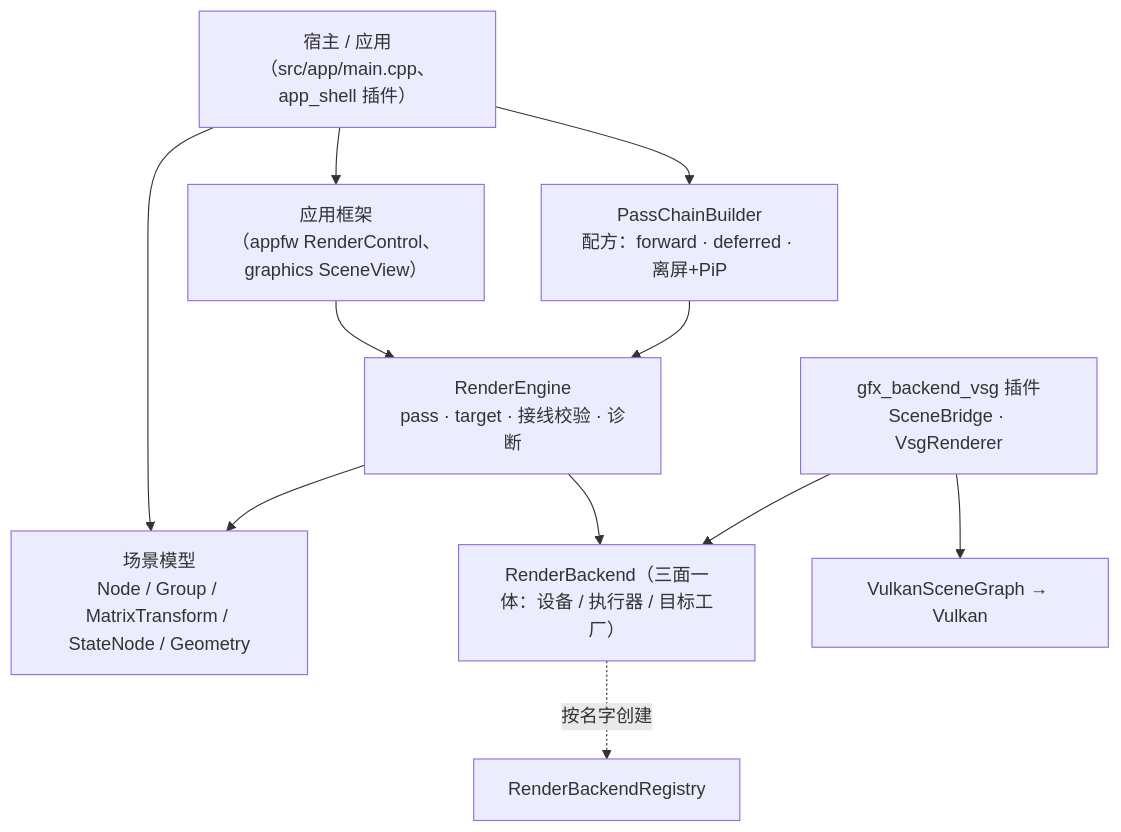
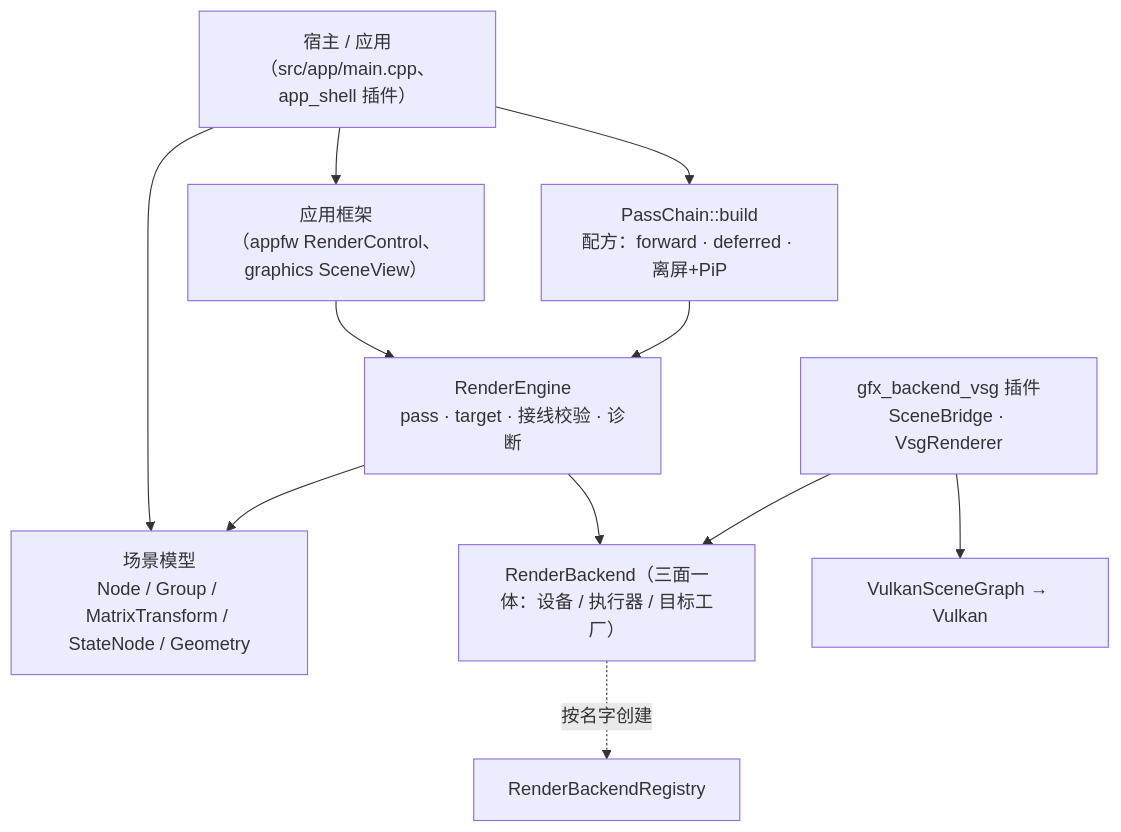
Before and after one commit to lonelyong/Vine: the diagram in docs/guides/graphics.md, drawn with Mermaid. The commit also changed other lines of this file and 31 other files, not shown here.

````diff
--- a/docs/guides/graphics.md
+++ b/docs/guides/graphics.md
@@ -15,20 +15,20 @@
 ```mermaid
 graph TB
     Host["宿主 / 应用<br/>（src/app/main.cpp、app_shell 插件）"]
     UI["应用框架<br/>（appfw RenderControl、graphics SceneView）"]
     Engine["RenderEngine<br/>pass · target · 接线校验 · 诊断"]
     Scene["场景模型<br/>Node / Group / MatrixTransform / StateNode / Geometry"]
-    Builder["PassChainBuilder<br/>配方：forward · deferred · 离屏+PiP"]
+    Builder["PassChain::build<br/>配方：forward · deferred · 离屏+PiP"]
     BackendIface["RenderBackend（三面一体：设备 / 执行器 / 目标工厂）"]
     Plugin["gfx_backend_vsg 插件<br/>SceneBridge · VsgRenderer"]
     VSG["VulkanSceneGraph → Vulkan"]
 
     Host --> UI --> Engine
     Host --> Scene
     Host --> Builder --> Engine
     Engine --> Scene
     Engine --> BackendIface
     BackendIface -. 按名字创建 .-> Registry["RenderBackendRegistry"]
     Plugin --> BackendIface
     Plugin --> VSG
 ```
````
